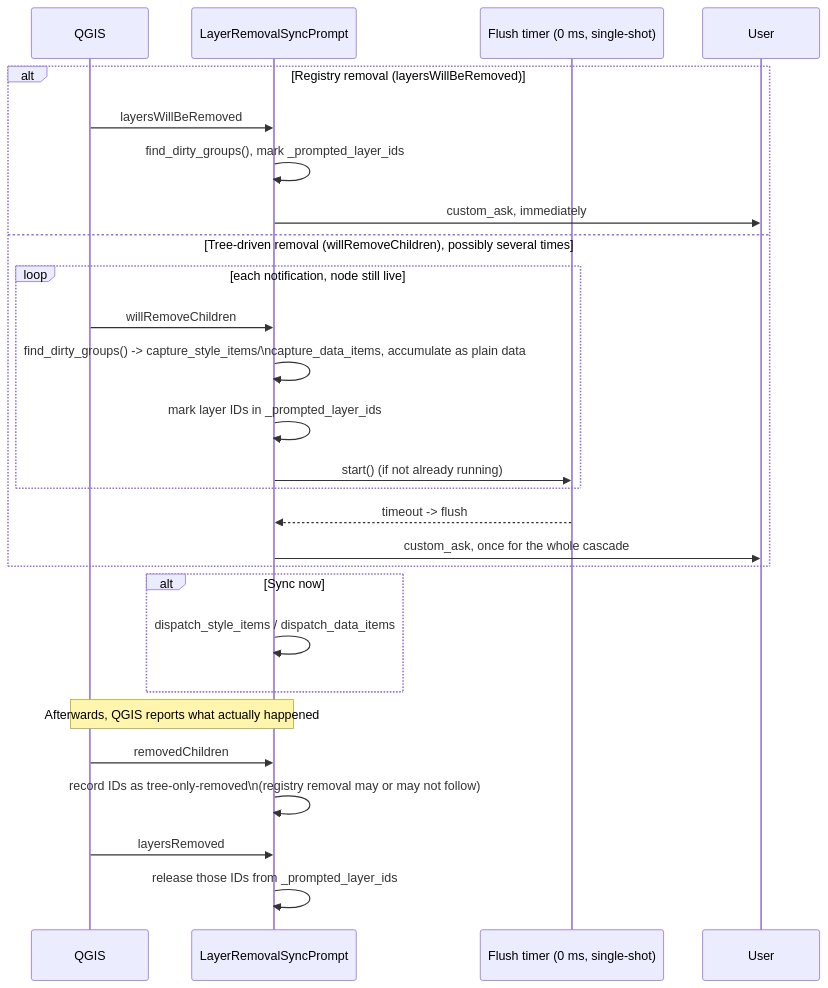
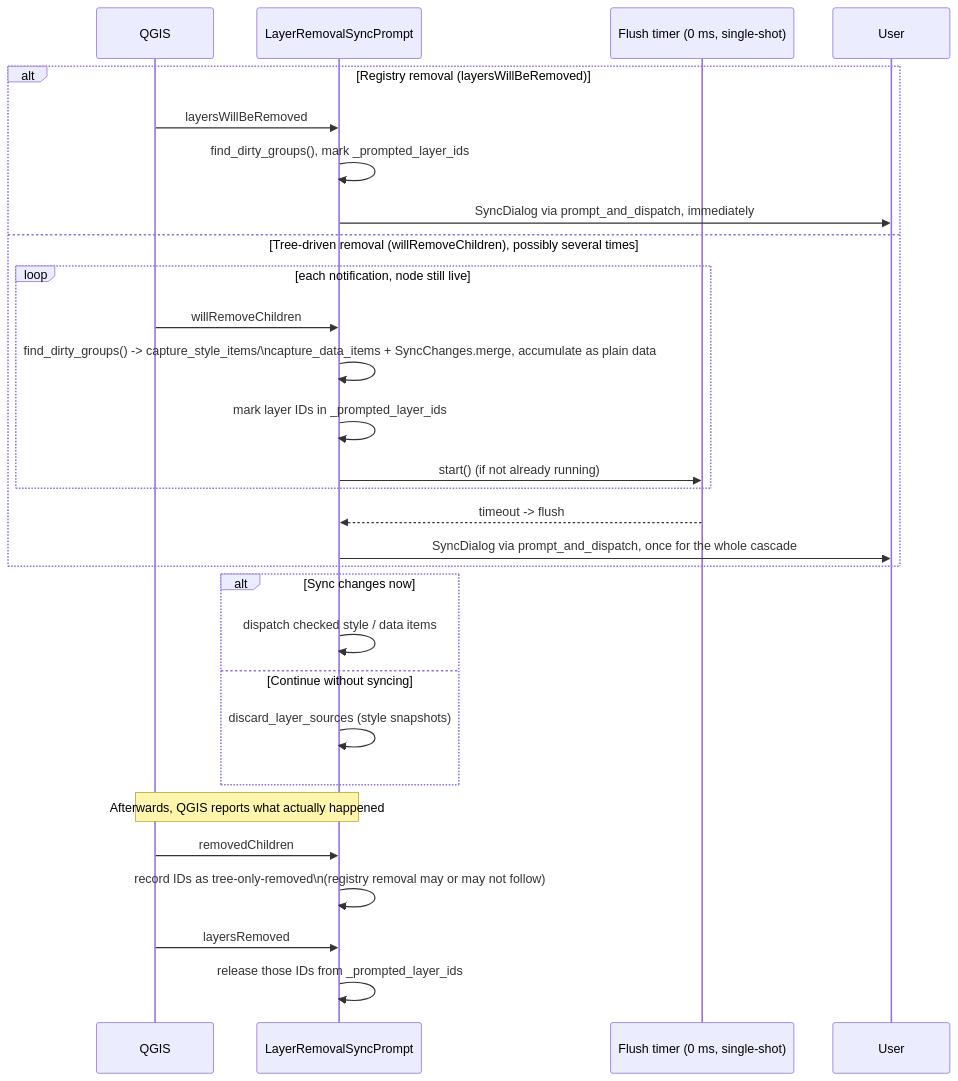
One commit to nens/rana-qgis-plugin changed the sixth of 7 diagrams in doc/signals.md. Above: the diagram before and after it, drawn with Mermaid. The commit also changed other lines of this file and 16 other files, not shown here.

````diff
--- a/doc/signals.md
+++ b/doc/signals.md
@@ -179,30 +192,32 @@
 ```mermaid
 sequenceDiagram
     participant QGIS
     participant Prompt as LayerRemovalSyncPrompt
     participant Timer as Flush timer (0 ms, single-shot)
     participant User
 
     alt Registry removal (layersWillBeRemoved)
         QGIS->>Prompt: layersWillBeRemoved
         Prompt->>Prompt: find_dirty_groups(), mark _prompted_layer_ids
-        Prompt->>User: custom_ask, immediately
+        Prompt->>User: SyncDialog via prompt_and_dispatch, immediately
     else Tree-driven removal (willRemoveChildren), possibly several times
         loop each notification, node still live
             QGIS->>Prompt: willRemoveChildren
-            Prompt->>Prompt: find_dirty_groups() -> capture_style_items/\ncapture_data_items, accumulate as plain data
+            Prompt->>Prompt: find_dirty_groups() -> capture_style_items/\ncapture_data_items + SyncChanges.merge, accumulate as plain data
             Prompt->>Prompt: mark layer IDs in _prompted_layer_ids
             Prompt->>Timer: start() (if not already running)
         end
         Timer-->>Prompt: timeout -> flush
-        Prompt->>User: custom_ask, once for the whole cascade
+        Prompt->>User: SyncDialog via prompt_and_dispatch, once for the whole cascade
     end
-    alt Sync now
-        Prompt->>Prompt: dispatch_style_items / dispatch_data_items
+    alt Sync changes now
+        Prompt->>Prompt: dispatch checked style / data items
+    else Continue without syncing
+        Prompt->>Prompt: discard_layer_sources (style snapshots)
     end
     Note over QGIS,Prompt: Afterwards, QGIS reports what actually happened
     QGIS->>Prompt: removedChildren
     Prompt->>Prompt: record IDs as tree-only-removed\n(registry removal may or may not follow)
     QGIS->>Prompt: layersRemoved
     Prompt->>Prompt: release those IDs from _prompted_layer_ids
 ```
````
